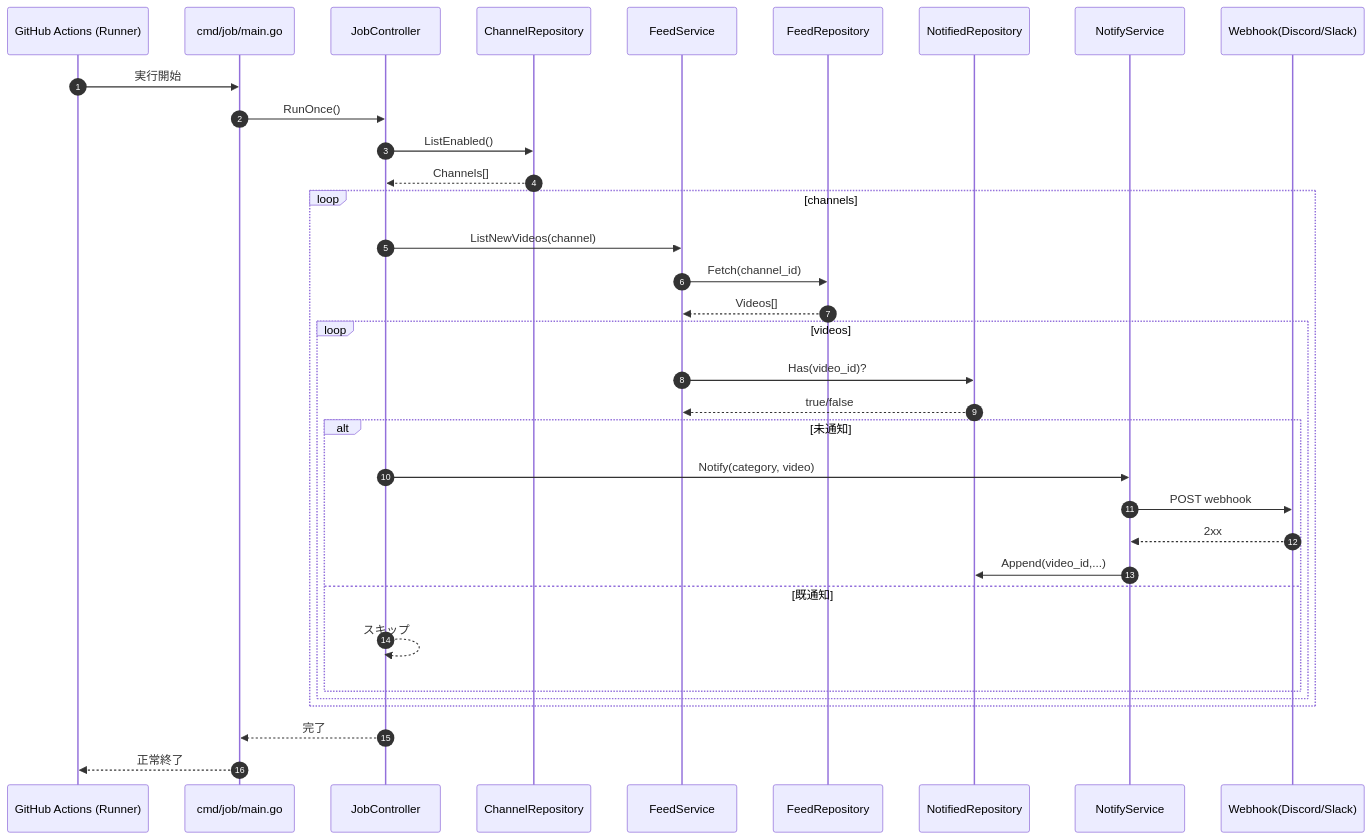
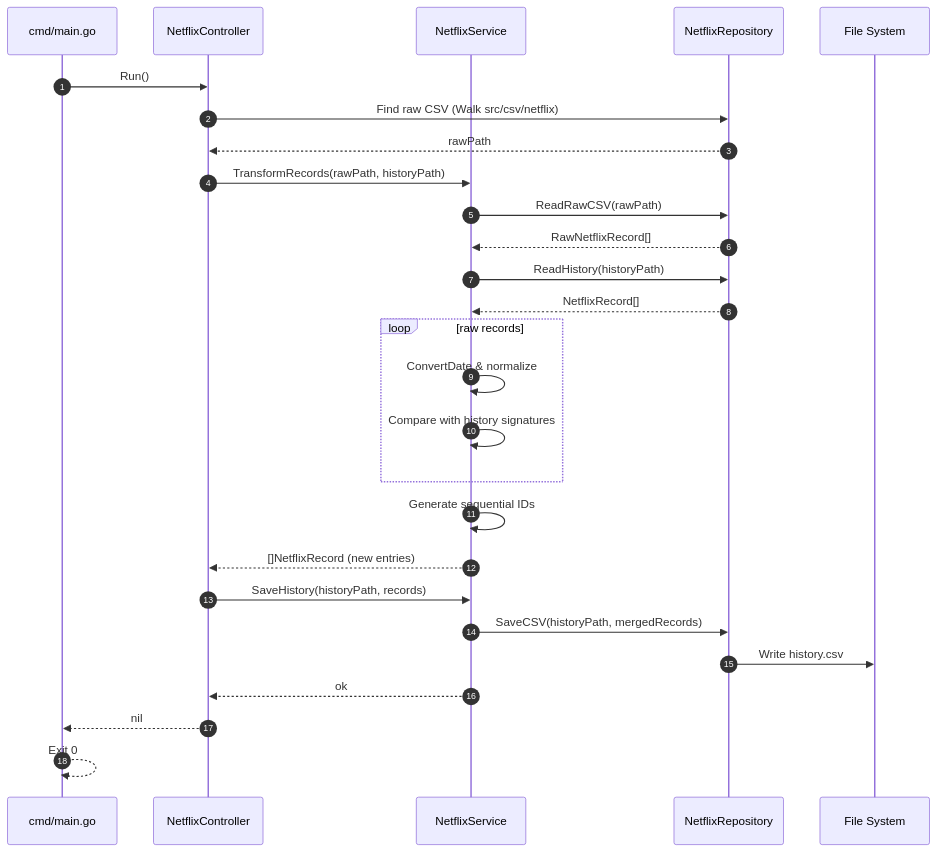
One commit to hellomyzn/nf-analysis changed the diagram in docs/sequences/overview.md. Above: the diagram before and after it, drawn with Mermaid. The commit also changed other lines of this file and 6 other files, not shown here.

````diff
--- a/docs/sequences/overview.md
+++ b/docs/sequences/overview.md
@@ -3,38 +3,30 @@
 ```mermaid
 sequenceDiagram
 autonumber
-participant GH as GitHub Actions (Runner)
-participant Main as cmd/job/main.go
-participant C as JobController
-participant CH as ChannelRepository
-participant FS as FeedService
-participant FR as FeedRepository
-participant NR as NotifiedRepository
-participant NS as NotifyService
-participant WB as Webhook(Discord/Slack)
+participant CLI as cmd/main.go
+participant Ctrl as NetflixController
+participant Svc as NetflixService
+participant Repo as NetflixRepository
+participant FS as File System
 
-
-GH->>Main: 実行開始
-Main->>C: RunOnce()
-C->>CH: ListEnabled()
-CH-->>C: Channels[]
-loop channels
-C->>FS: ListNewVideos(channel)
-FS->>FR: Fetch(channel_id)
-FR-->>FS: Videos[]
-loop videos
-FS->>NR: Has(video_id)?
-NR-->>FS: true/false
-alt 未通知
-C->>NS: Notify(category, video)
-NS->>WB: POST webhook
-WB-->>NS: 2xx
-NS->>NR: Append(video_id,...)
-else 既通知
-C-->>C: スキップ
+CLI->>Ctrl: Run()
+Ctrl->>Repo: Find raw CSV (Walk src/csv/netflix)
+Repo-->>Ctrl: rawPath
+Ctrl->>Svc: TransformRecords(rawPath, historyPath)
+Svc->>Repo: ReadRawCSV(rawPath)
+Repo-->>Svc: RawNetflixRecord[]
+Svc->>Repo: ReadHistory(historyPath)
+Repo-->>Svc: NetflixRecord[]
+loop raw records
+    Svc->>Svc: ConvertDate & normalize
+    Svc->>Svc: Compare with history signatures
 end
-end
-end
-C-->>Main: 完了
-Main-->>GH: 正常終了
+Svc->>Svc: Generate sequential IDs
+Svc-->>Ctrl: []NetflixRecord (new entries)
+Ctrl->>Svc: SaveHistory(historyPath, records)
+Svc->>Repo: SaveCSV(historyPath, mergedRecords)
+Repo->>FS: Write history.csv
+Svc-->>Ctrl: ok
+Ctrl-->>CLI: nil
+CLI-->>CLI: Exit 0
 ```
````
